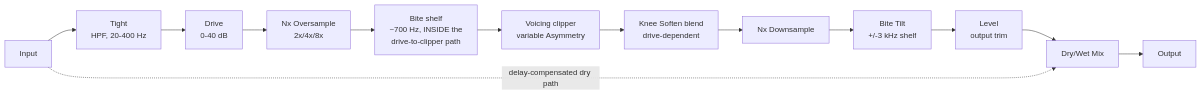
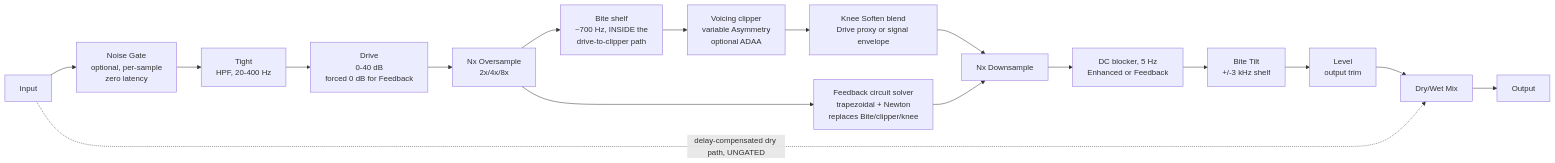
The diagram in docs/architecture.md (basilica-audio/Overture), drawn with Mermaid before and after one commit. The commit also changed other lines of this file and 28 other files, not shown here.

First line of the commit message:
feat: v0.3.0 — circuit-solved feedback clipper, program-dependent noise gate, ADAA clip quality (#24)

````diff
--- a/docs/architecture.md
+++ b/docs/architecture.md
@@ -5,15 +5,19 @@
 ```mermaid
 flowchart LR
-    IN[Input] --> HPF[Tight<br/>HPF, 20-400 Hz]
-    HPF --> DRIVE[Drive<br/>0-40 dB]
+    IN[Input] --> GATE[Noise Gate<br/>optional, per-sample<br/>zero latency]
+    GATE --> HPF[Tight<br/>HPF, 20-400 Hz]
+    HPF --> DRIVE[Drive<br/>0-40 dB<br/>forced 0 dB for Feedback]
     DRIVE --> UP[Nx Oversample<br/>2x/4x/8x]
     UP --> BITE[Bite shelf<br/>~700 Hz, INSIDE the<br/>drive-to-clipper path]
-    BITE --> CLIP[Voicing clipper<br/>variable Asymmetry]
-    CLIP --> KNEE[Knee Soften blend<br/>drive-dependent]
+    BITE --> CLIP[Voicing clipper<br/>variable Asymmetry<br/>optional ADAA]
+    CLIP --> KNEE[Knee Soften blend<br/>Drive proxy or signal envelope]
+    UP --> FB[Feedback circuit solver<br/>trapezoidal + Newton<br/>replaces Bite/clipper/knee]
     KNEE --> DOWN[Nx Downsample]
-    DOWN --> TILT[Bite Tilt<br/>+/-3 kHz shelf]
+    FB --> DOWN
+    DOWN --> DC[DC blocker, 5 Hz<br/>Enhanced or Feedback]
+    DC --> TILT[Bite Tilt<br/>+/-3 kHz shelf]
     TILT --> LEVEL[Level<br/>output trim]
     LEVEL --> MIX[Dry/Wet Mix]
-    IN -.->|delay-compensated dry path| MIX
+    IN -.->|delay-compensated dry path, UNGATED| MIX
     MIX --> OUT[Output]
 ```
````
